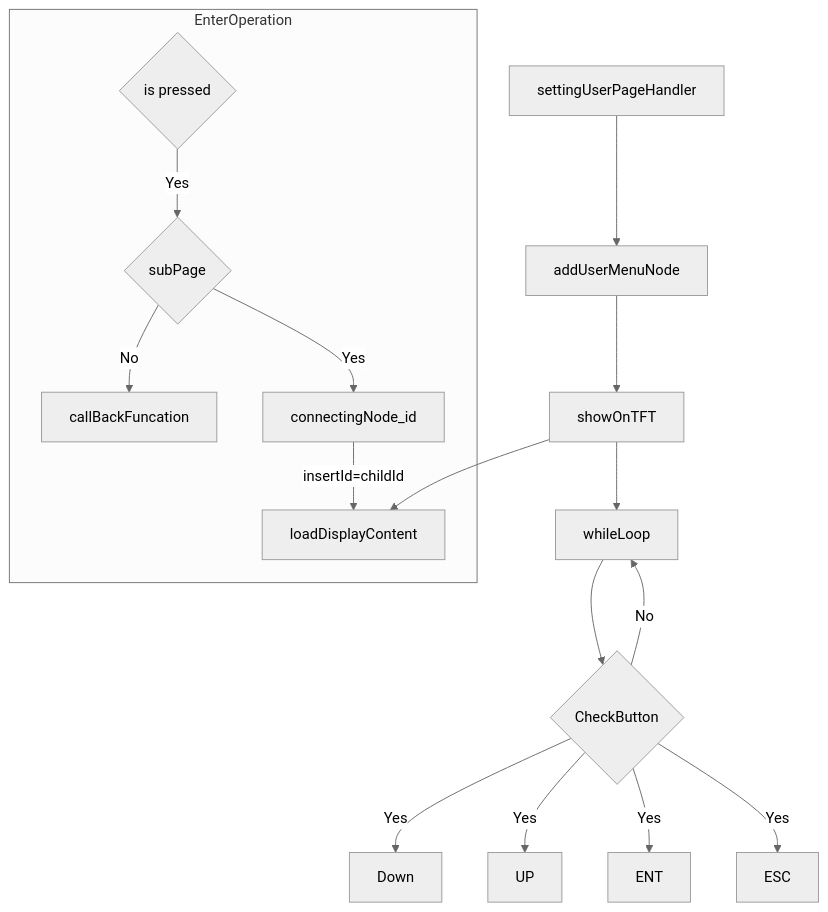
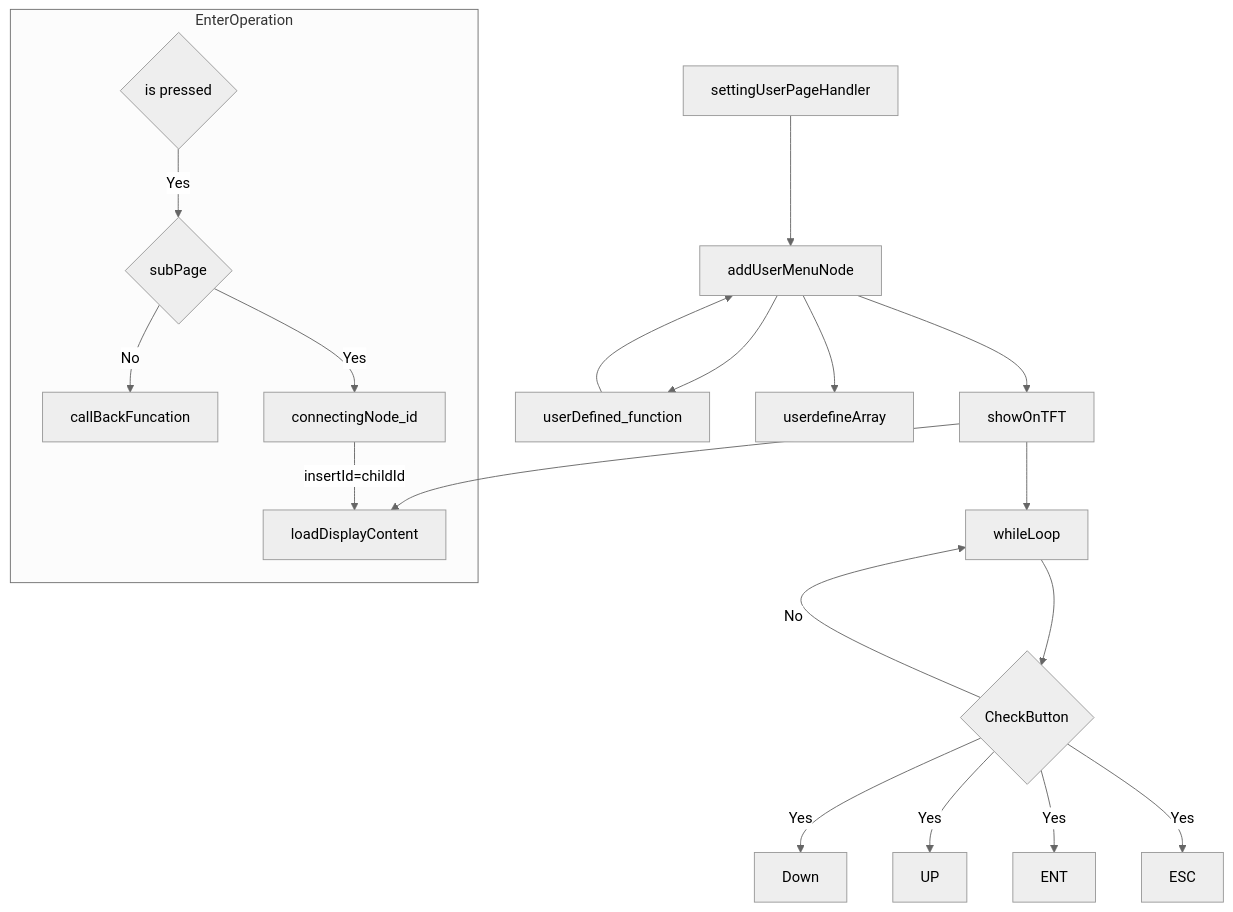
Before and after one commit to axisElectronics/Axis_Company_Project: the first of 2 diagrams in TFT_Dispaly/Nova-Touch/Module-Development/Setting-Module/settingUserSetting.md, drawn with Mermaid (neutral theme). The commit also changed other lines of this file and 46 other files, not shown here.

````diff
--- a/TFT_Dispaly/Nova-Touch/Module-Development/Setting-Module/settingUserSetting.md
+++ b/TFT_Dispaly/Nova-Touch/Module-Development/Setting-Module/settingUserSetting.md
@@ -3,18 +3,20 @@
 ```mermaid
 flowchart TB
 settingUserPageHandler-->addUserMenuNode-->showOnTFT-->loadDisplayContent;
+addUserMenuNode-->userDefined_function-->addUserMenuNode;
+addUserMenuNode-->userdefineArray;
     showOnTFT-->whileLoop;
 	whileLoop-->switch;
 	switch{CheckButton}-- Yes -->Down;
 	switch-- Yes -->UP;
 	switch--Yes -->ENT;
 	switch--Yes -->ESC;
 	switch--No -->whileLoop	
 	subgraph EnterOperation
 	Enter{is pressed}--Yes -->check{subPage}--No -->callBackFuncation;
 	check--Yes -->connectingNode_id--insertId=childId-->loadDisplayContent;
 	end
 	
 	
     
 ```
````
